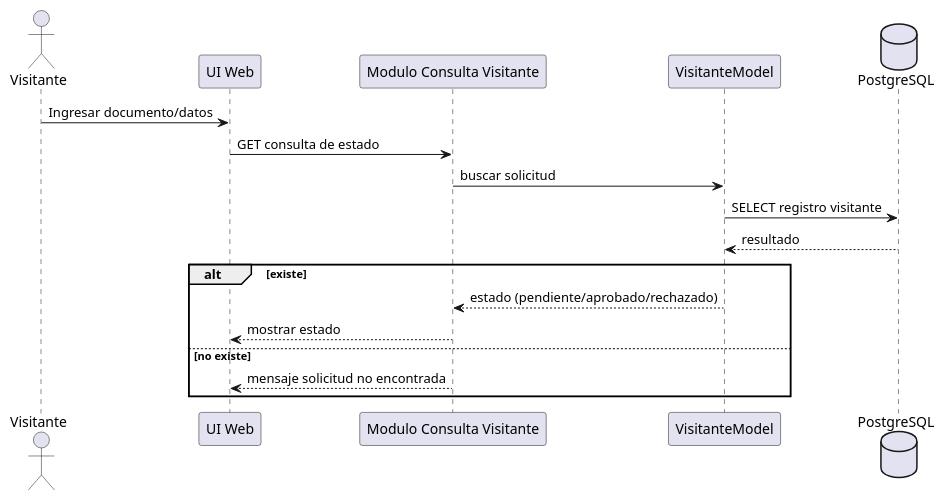
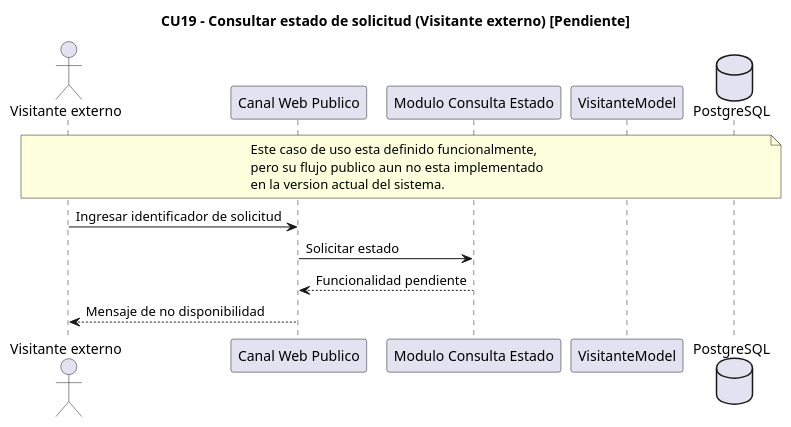
Before and after one commit to maranavard/SISTEMA-COMPUTACIONAL-PARA-LA-GESTION-Y-CONTROL-DE-ACCESO-DE-AUTOMOVILES-M-DULO-WEB: the diagram in docs/uml/secuencias/CU19_consultar_estado_solicitud_visitante.puml, drawn with PlantUML. The commit also changed 148 other files, not shown here.

Commit message:
Respaldo general del proyecto: MER completo/funcional, UML, docs y ajustes web

```diff
--- a/docs/uml/secuencias/CU19_consultar_estado_solicitud_visitante.puml
+++ b/docs/uml/secuencias/CU19_consultar_estado_solicitud_visitante.puml
@@ -1,19 +1,20 @@
-@startuml
-actor Visitante
-participant "UI Web" as UI
-participant "Modulo Consulta Visitante" as R
+@startuml CU19_consultar_estado_solicitud_visitante
+title CU19 - Consultar estado de solicitud (Visitante externo) [Pendiente]
+
+actor "Visitante externo" as Visitante
+participant "Canal Web Publico" as UI
+participant "Modulo Consulta Estado" as R
 participant "VisitanteModel" as V
 database "PostgreSQL" as DB
 
-Visitante -> UI : Ingresar documento/datos
-UI -> R : GET consulta de estado
-R -> V : buscar solicitud
-V -> DB : SELECT registro visitante
-DB --> V : resultado
-alt existe
-  V --> R : estado (pendiente/aprobado/rechazado)
-  R --> UI : mostrar estado
-else no existe
-  R --> UI : mensaje solicitud no encontrada
-end
+note over Visitante,DB
+Este caso de uso esta definido funcionalmente,
+pero su flujo publico aun no esta implementado
+en la version actual del sistema.
+end note
+
+Visitante -> UI : Ingresar identificador de solicitud
+UI -> R : Solicitar estado
+R --> UI : Funcionalidad pendiente
+UI --> Visitante : Mensaje de no disponibilidad
 @enduml
```
